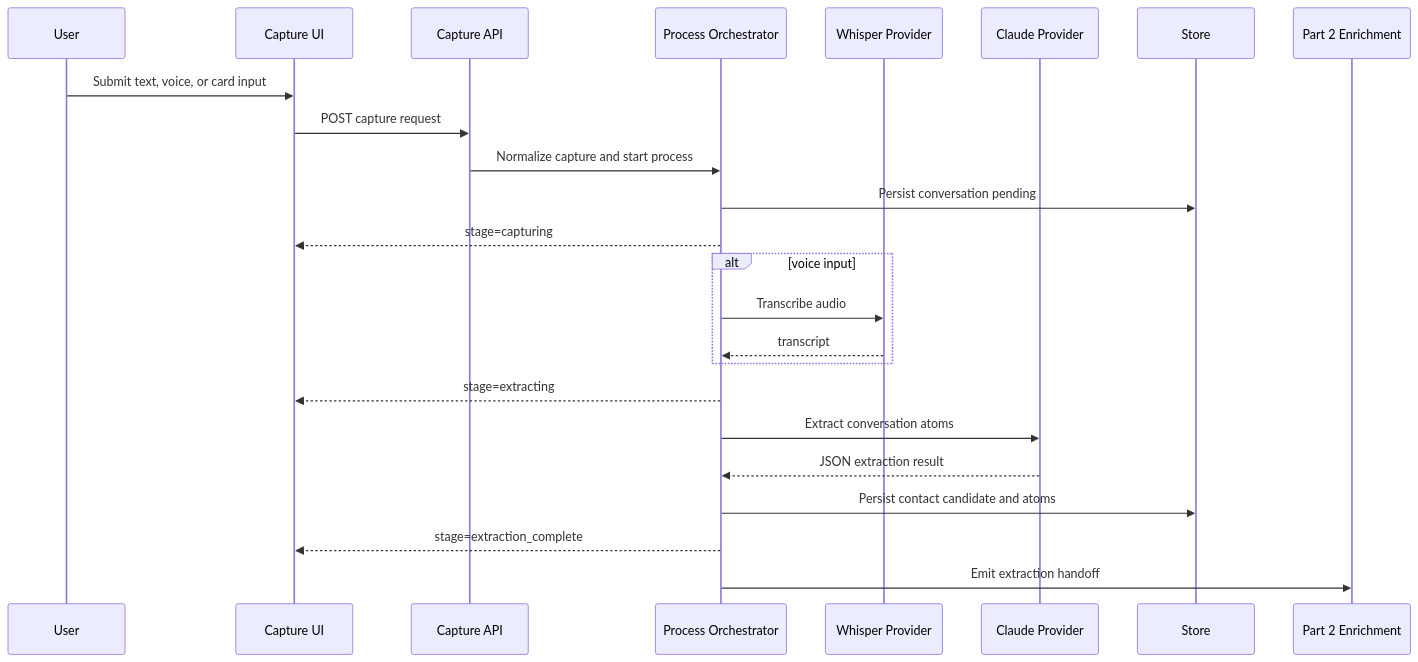
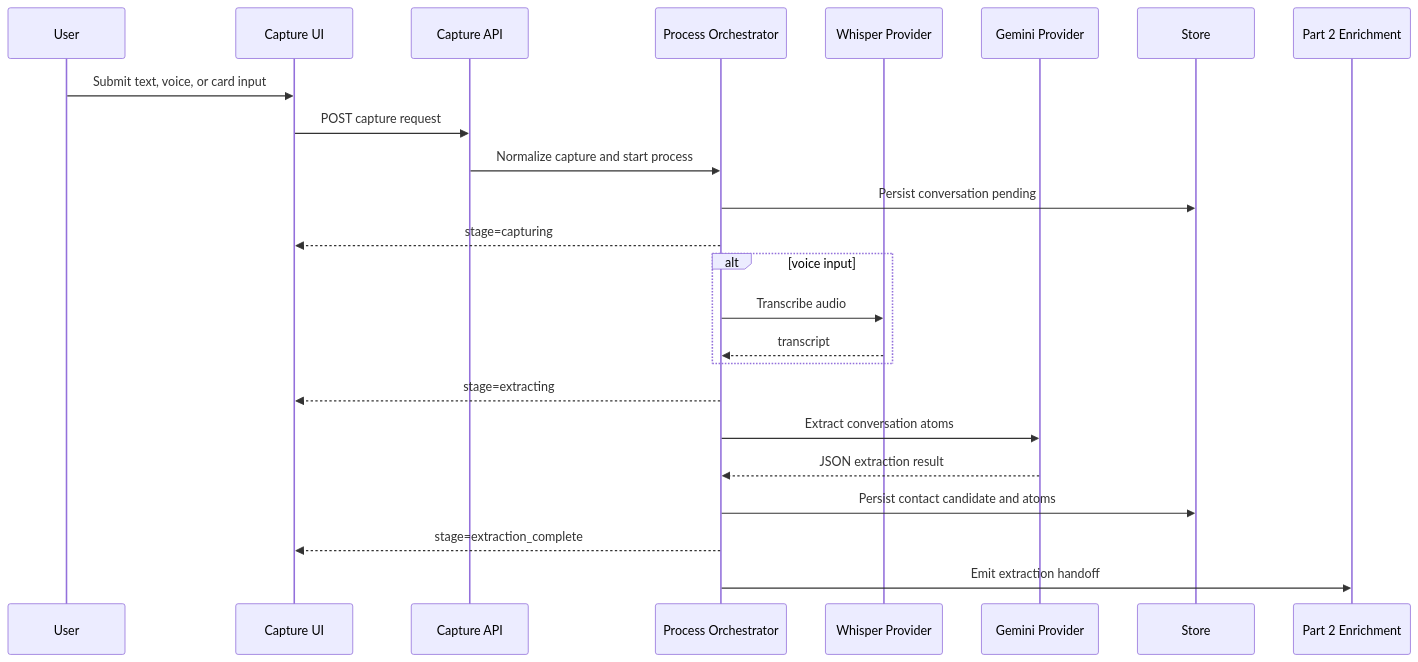
Before and after one commit to amalia020/Aftermeet: the second of 2 diagrams in docs/intelligence-layer-part-1-capture-extraction-sdd.md, drawn with Mermaid. The commit also changed other lines of this file and 62 other files, not shown here.

````diff
--- a/docs/intelligence-layer-part-1-capture-extraction-sdd.md
+++ b/docs/intelligence-layer-part-1-capture-extraction-sdd.md
@@ -210,27 +210,27 @@
 ```mermaid
 sequenceDiagram
   participant U as User
   participant UI as Capture UI
   participant API as Capture API
   participant P as Process Orchestrator
   participant W as Whisper Provider
-  participant C as Claude Provider
+  participant C as Gemini Provider
   participant DB as Store
   participant E as Part 2 Enrichment
 
   U->>UI: Submit text, voice, or card input
   UI->>API: POST capture request
   API->>P: Normalize capture and start process
   P->>DB: Persist conversation pending
   P-->>UI: stage=capturing
   alt voice input
     P->>W: Transcribe audio
     W-->>P: transcript
   end
   P-->>UI: stage=extracting
   P->>C: Extract conversation atoms
   C-->>P: JSON extraction result
   P->>DB: Persist contact candidate and atoms
   P-->>UI: stage=extraction_complete
   P->>E: Emit extraction handoff
 ```
````
